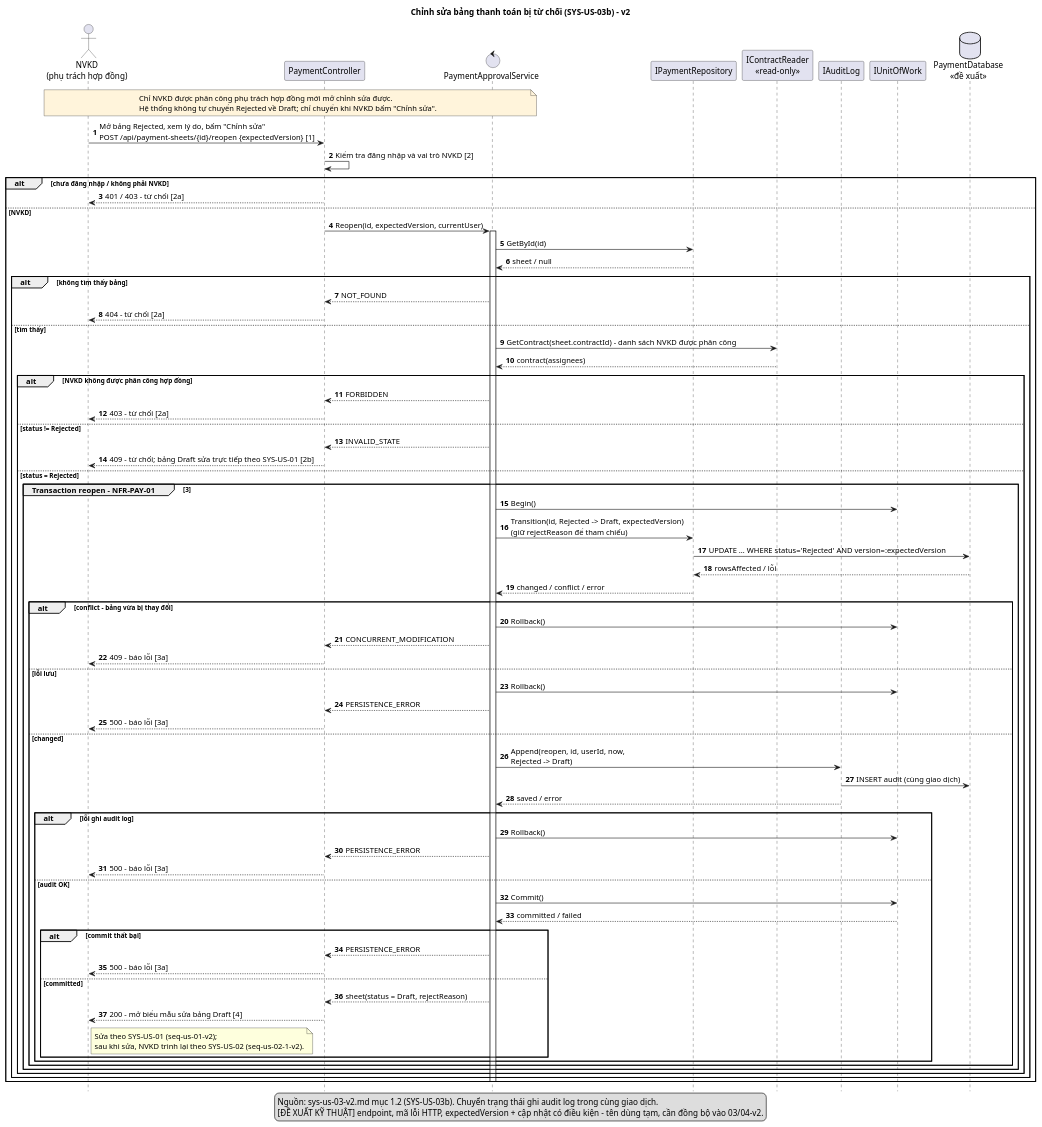
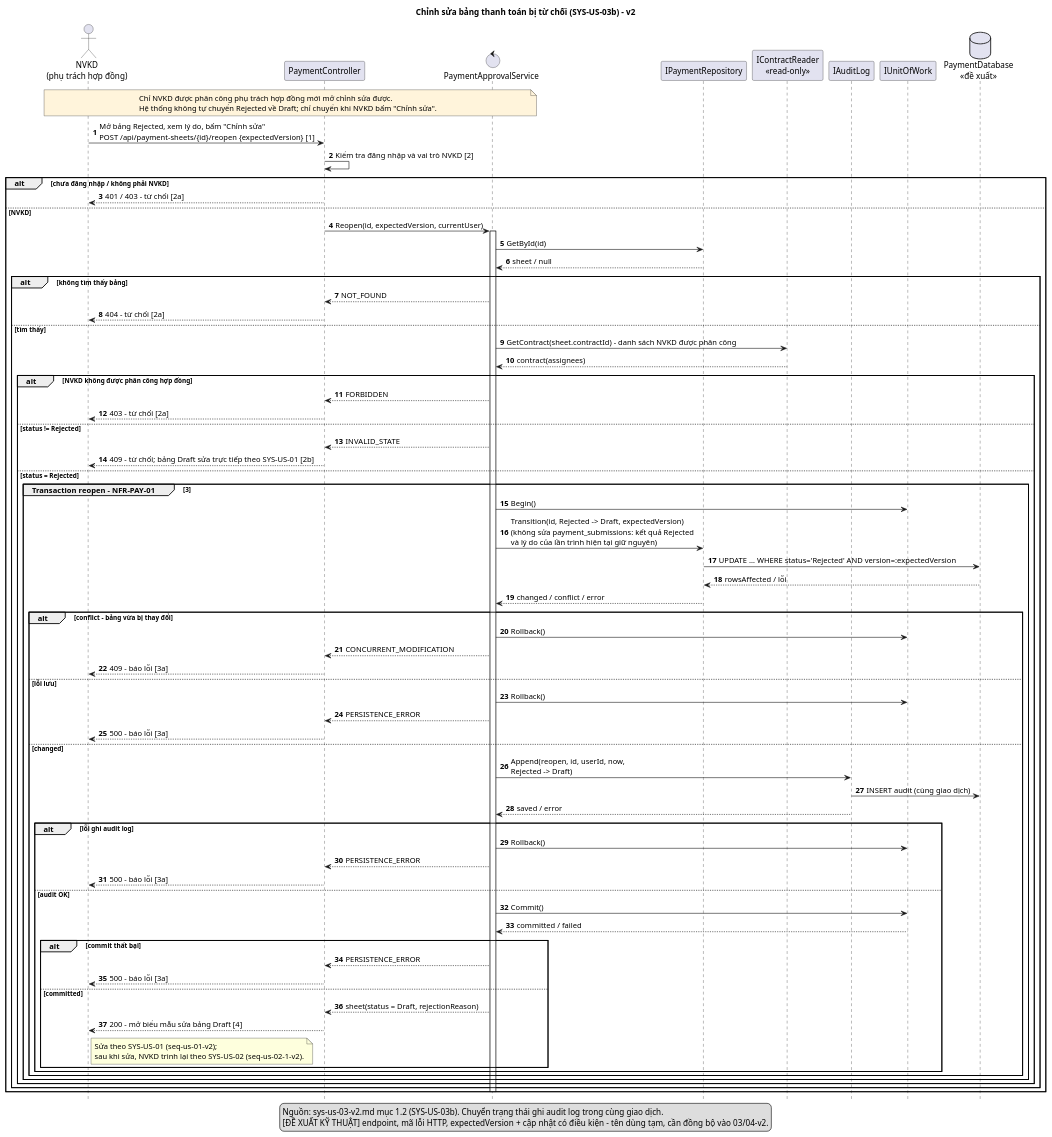
The diagram in docs/design/payment-management/v2/diagrams/seq-us-03-2-v2.puml (Spring-anzuaviv/03-SEMINAR-TA1), drawn with PlantUML before and after one commit. The commit also changed 15 other files, not shown here.

```diff
--- a/docs/design/payment-management/v2/diagrams/seq-us-03-2-v2.puml
+++ b/docs/design/payment-management/v2/diagrams/seq-us-03-2-v2.puml
@@ -1,106 +1,106 @@
 @startuml seq-us-03-2-v2
 title Chỉnh sửa bảng thanh toán bị từ chối (SYS-US-03b) – v2
-' Phiên bản: v2 | Ngày: 11/11/2026 | AI: Claude Code / Claude Opus 5.5 | Prompt: P-33 (tách từ P-32)
+' Phiên bản: v2 | Ngày: 11/11/2026, sửa 14/11/2026 | AI: Claude Code / Claude Opus 5.5 | Prompt: P-33 (tách từ P-32), P-51
 ' Đầu vào: docs/analysis/payment-management/v2/sys-us-03-v2.md (cùng version) – mục 1.2 SYS-US-03b.
 ' Mục đích: reopen (Rejected -> Draft) khi NVKD bấm "Chỉnh sửa"; giữ lý do từ chối để tham chiếu.
 ' Phạm vi: US-PAY-03 | PAY-08 (bảng Rejected sửa rồi trình lại) | NFR-PAY-01 (giao dịch trạng thái + audit).
 ' Trạng thái: Bản sau review – Design Pending Approval
 ' Kết xuất: xem P-33 trong docs/workflow/prompt-log.md.
 ' Bảng về Rejected ở use case SYS-US-03 (seq-us-03-1-v2.puml, Phần 2).
 '
 ' Nhãn [..] trên message = bước trong sys-us-03-v2 mục 1.2: 1-4; ngoại lệ 2a, 2b, 3a.
 '
 ' Tên dùng tạm – cần đồng bộ vào 03/04-v2 (chưa tạo), lấy theo 03-v1 §1:
 '   PaymentApprovalService.Reopen; IContractReader.GetContract (danh sách NVKD được phân công)
 '   POST /api/payment-sheets/{id}/reopen; expectedVersion; mã lỗi HTTP là tạm.
 
 skinparam defaultFontName Segoe UI
 skinparam shadowing false
 hide footbox
 autonumber
 
 actor "NVKD\n(phụ trách hợp đồng)" as K
 participant "PaymentController" as API
 control "PaymentApprovalService" as S
 participant "IPaymentRepository" as R
 participant "IContractReader\n<<read-only>>" as SRC
 participant "IAuditLog" as A
 participant "IUnitOfWork" as UOW
 database "PaymentDatabase\n<<đề xuất>>" as DB
 
 note over K, S #FFF4DB
   Chỉ NVKD được phân công phụ trách hợp đồng mới mở chỉnh sửa được.
   Hệ thống không tự chuyển Rejected về Draft; chỉ chuyển khi NVKD bấm "Chỉnh sửa".
 end note
 
 K -> API : Mở bảng Rejected, xem lý do, bấm "Chỉnh sửa"\nPOST /api/payment-sheets/{id}/reopen {expectedVersion} [1]
 API -> API : Kiểm tra đăng nhập và vai trò NVKD [2]
 alt chưa đăng nhập / không phải NVKD
   API --> K : 401 / 403 – từ chối [2a]
 else NVKD
   API -> S : Reopen(id, expectedVersion, currentUser)
   activate S
   S -> R : GetById(id)
   R --> S : sheet / null
   alt không tìm thấy bảng
     S --> API : NOT_FOUND
     API --> K : 404 – từ chối [2a]
   else tìm thấy
     S -> SRC : GetContract(sheet.contractId) – danh sách NVKD được phân công
     SRC --> S : contract(assignees)
     alt NVKD không được phân công hợp đồng
       S --> API : FORBIDDEN
       API --> K : 403 – từ chối [2a]
     else status != Rejected
       S --> API : INVALID_STATE
       API --> K : 409 – từ chối; bảng Draft sửa trực tiếp theo SYS-US-01 [2b]
     else status = Rejected
       group Transaction reopen – NFR-PAY-01 [3]
         S -> UOW : Begin()
-        S -> R : Transition(id, Rejected -> Draft, expectedVersion)\n(giữ rejectReason để tham chiếu)
+        S -> R : Transition(id, Rejected -> Draft, expectedVersion)\n(không sửa payment_submissions: kết quả Rejected\nvà lý do của lần trình hiện tại giữ nguyên)
         R -> DB : UPDATE … WHERE status='Rejected' AND version=:expectedVersion
         DB --> R : rowsAffected / lỗi
         R --> S : changed / conflict / error
         alt conflict – bảng vừa bị thay đổi
           S -> UOW : Rollback()
           S --> API : CONCURRENT_MODIFICATION
           API --> K : 409 – báo lỗi [3a]
         else lỗi lưu
           S -> UOW : Rollback()
           S --> API : PERSISTENCE_ERROR
           API --> K : 500 – báo lỗi [3a]
         else changed
           S -> A : Append(reopen, id, userId, now,\nRejected -> Draft)
           A -> DB : INSERT audit (cùng giao dịch)
           A --> S : saved / error
           alt lỗi ghi audit log
             S -> UOW : Rollback()
             S --> API : PERSISTENCE_ERROR
             API --> K : 500 – báo lỗi [3a]
           else audit OK
             S -> UOW : Commit()
             UOW --> S : committed / failed
             alt commit thất bại
               S --> API : PERSISTENCE_ERROR
               API --> K : 500 – báo lỗi [3a]
             else committed
-              S --> API : sheet(status = Draft, rejectReason)
+              S --> API : sheet(status = Draft, rejectionReason)
               API --> K : 200 – mở biểu mẫu sửa bảng Draft [4]
               note right of K
                 Sửa theo SYS-US-01 (seq-us-01-v2);
                 sau khi sửa, NVKD trình lại theo SYS-US-02 (seq-us-02-1-v2).
               end note
             end
           end
         end
       end
     end
   end
   deactivate S
 end
 
 legend bottom
   Nguồn: sys-us-03-v2.md mục 1.2 (SYS-US-03b). Chuyển trạng thái ghi audit log trong cùng giao dịch.
   [ĐỀ XUẤT KỸ THUẬT] endpoint, mã lỗi HTTP, expectedVersion + cập nhật có điều kiện – tên dùng tạm, cần đồng bộ vào 03/04-v2.
 endlegend
 @enduml
```
